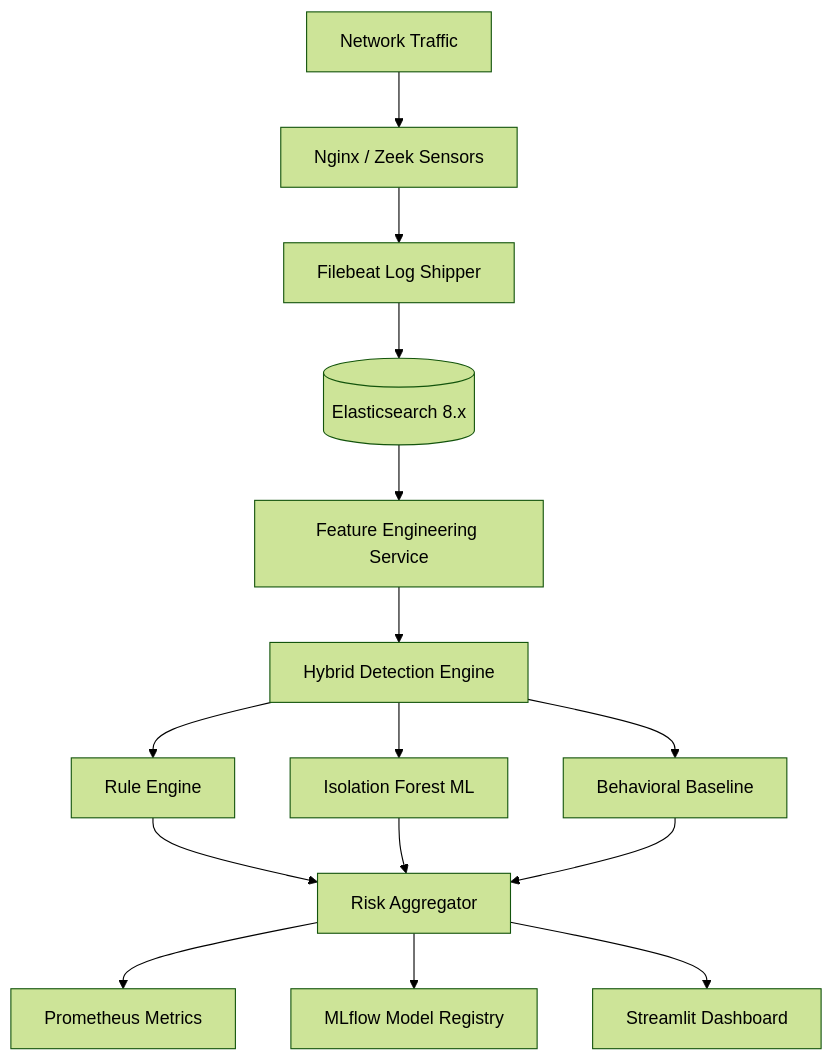
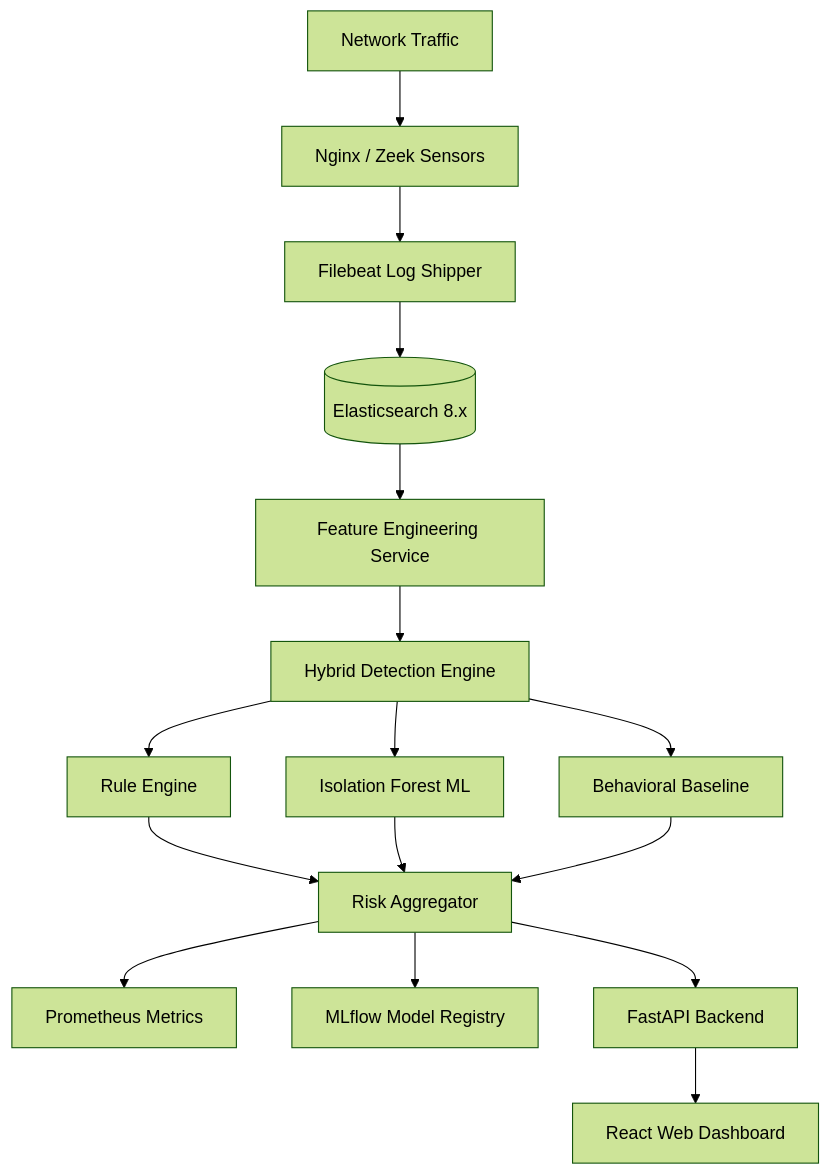
The diagram in docs/architecture.md (Aarnav-Singh/Hybrid-Behavioral-Intrusion-Detection-System), drawn with Mermaid (forest theme) before and after one commit. The commit also changed 50 other files, not shown here.

Commit message:
Refactor: Migrate Streamlit dashboard to React SPA and FastAPI WebSockets

````diff
--- a/docs/architecture.md
+++ b/docs/architecture.md
@@ -7,15 +7,16 @@
 ```mermaid
 graph TD
     A[Network Traffic] --> B[Nginx / Zeek Sensors]
     B --> C[Filebeat Log Shipper]
     C --> D[(Elasticsearch 8.x)]
     D --> E[Feature Engineering Service]
     E --> F[Hybrid Detection Engine]
     F --> G1[Rule Engine]
     F --> G2[Isolation Forest ML]
     F --> G3[Behavioral Baseline]
     G1 & G2 & G3 --> H[Risk Aggregator]
     H --> I[Prometheus Metrics]
     H --> J[MLflow Model Registry]
-    H --> K[Streamlit Dashboard]
+    H --> K[FastAPI Backend]
+    K --> L[React Web Dashboard]
 ```
````
